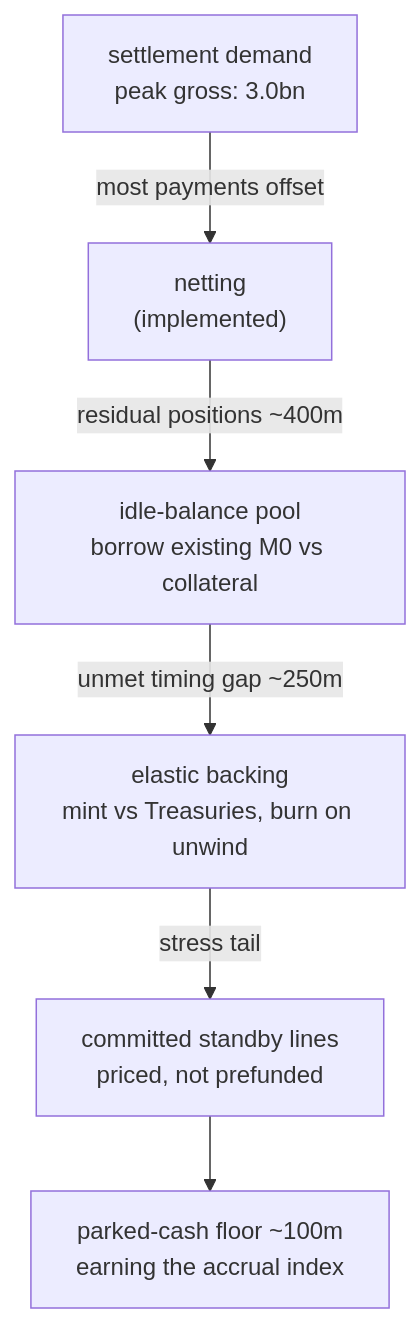
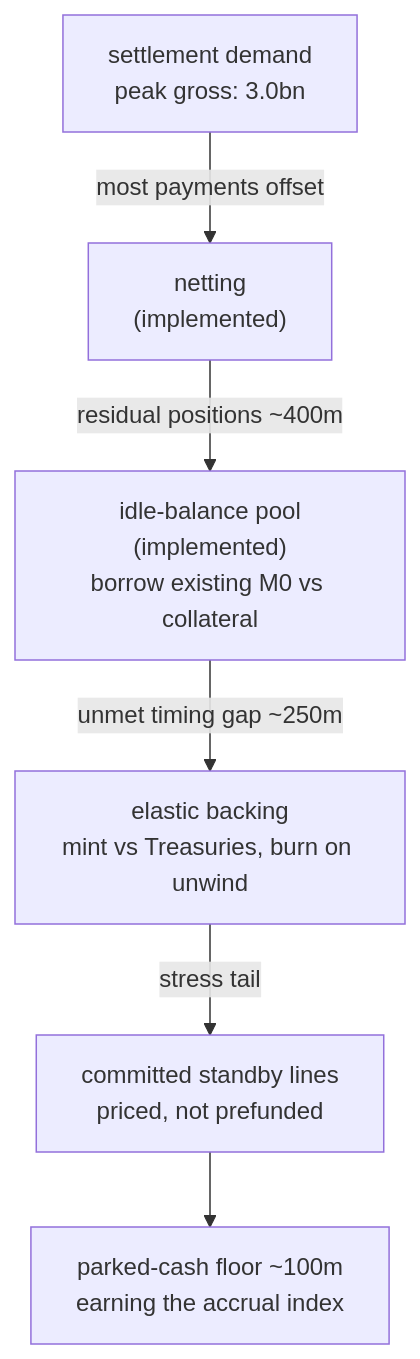
The sixth of 10 diagrams in README.md (wfblockchain/sovereign-settlement-model), drawn with Mermaid before and after one commit. The commit also changed other lines of this file, not shown here.

First line of the commit message:
README: three DeFi adoptions land - pool, intents, solver competition

````diff
--- a/README.md
+++ b/README.md
@@ -274,8 +303,8 @@
 ```mermaid
 flowchart TB
     D["settlement demand<br/>peak gross: 3.0bn"] -->|"most payments offset"| N["netting<br/>(implemented)"]
-    N -->|"residual positions ~400m"| P["idle-balance pool<br/>borrow existing M0 vs collateral"]
+    N -->|"residual positions ~400m"| P["idle-balance pool<br/>(implemented)<br/>borrow existing M0 vs collateral"]
     P -->|"unmet timing gap ~250m"| E["elastic backing<br/>mint vs Treasuries, burn on unwind"]
     E -->|"stress tail"| C["committed standby lines<br/>priced, not prefunded"]
     C --> F["parked-cash floor ~100m<br/>earning the accrual index"]
 ```
````
